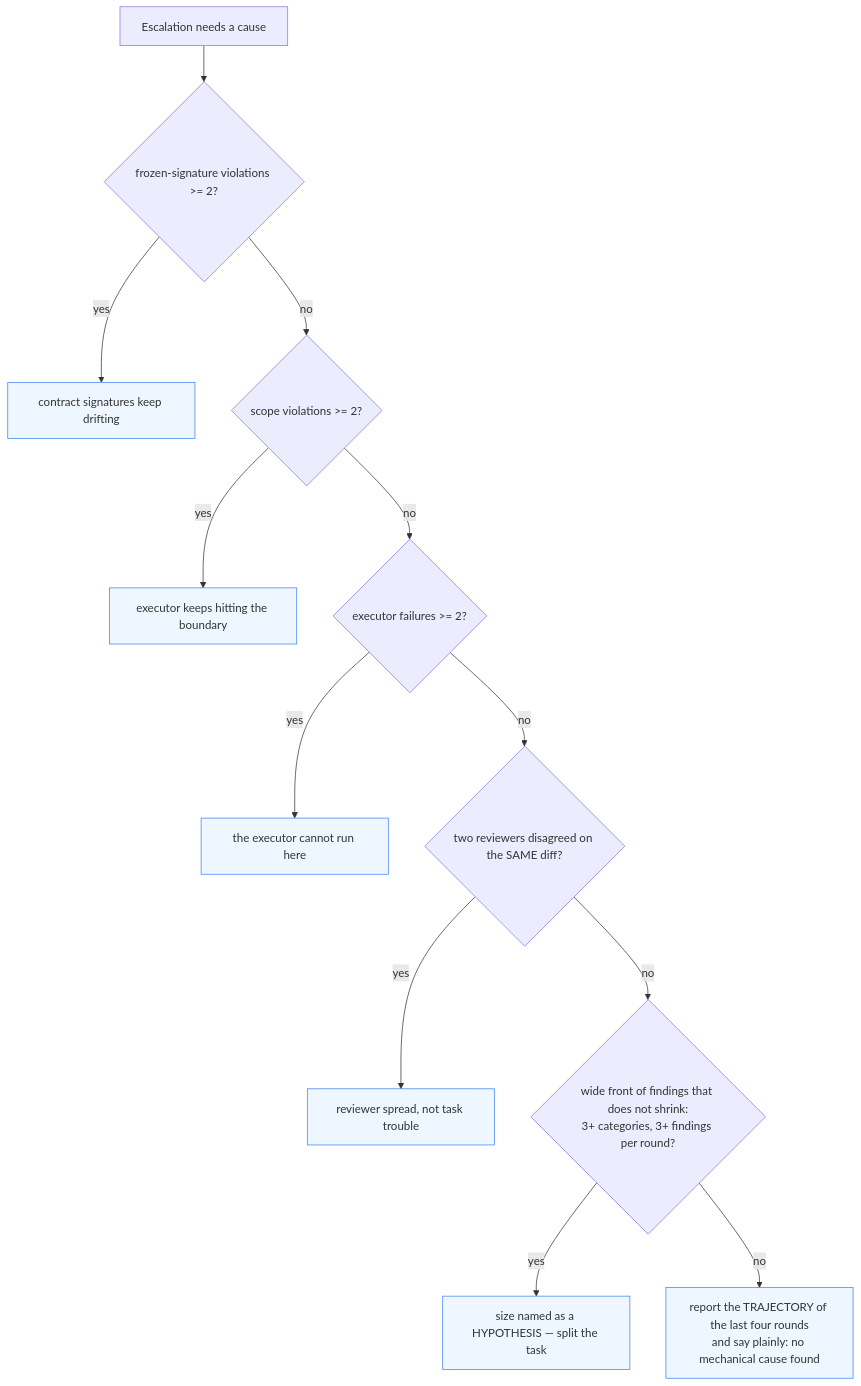
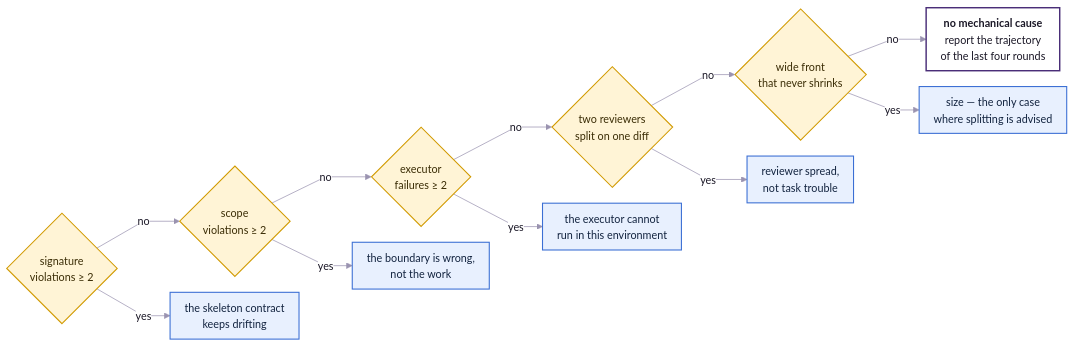
Before and after one commit to Orange-hanter/zairgrush: the eighth of 16 diagrams in 11-architecture-diagrams.md, drawn with Mermaid. The commit also changed other lines of this file, not shown here.

````diff
--- a/11-architecture-diagrams.md
+++ b/11-architecture-diagrams.md
@@ -277,17 +347,31 @@
 ```mermaid
-flowchart TD
-    d["Escalation needs a cause"] --> s1{"frozen-signature violations >= 2?"}
-    s1 -->|"yes"| o1["contract signatures keep drifting"]
-    s1 -->|"no"| s2{"scope violations >= 2?"}
-    s2 -->|"yes"| o2["executor keeps hitting the boundary"]
-    s2 -->|"no"| s3{"executor failures >= 2?"}
-    s3 -->|"yes"| o3["the executor cannot run here"]
-    s3 -->|"no"| s4{"two reviewers disagreed on the SAME diff?"}
-    s4 -->|"yes"| o4["reviewer spread, not task trouble"]
-    s4 -->|"no"| s5{"wide front of findings that does not shrink:<br/>3+ categories, 3+ findings per round?"}
-    s5 -->|"yes"| o5["size named as a HYPOTHESIS — split the task"]
-    s5 -->|"no"| o6["report the TRAJECTORY of the last four rounds<br/>and say plainly: no mechanical cause found"]
+%%{init:{"theme":"base","themeVariables":{"fontFamily":"ui-sans-serif,system-ui,-apple-system,Segoe UI,Roboto,sans-serif","fontSize":"15px","primaryColor":"#EFEAF8","primaryTextColor":"#1A1726","primaryBorderColor":"#7A5CB8","lineColor":"#9A93B0","edgeLabelBackground":"#FFFFFF"},"flowchart":{"diagramPadding":26,"curve":"linear","nodeSpacing":22,"rankSpacing":52,"padding":10}}}%%
+flowchart LR
+    s1{"signature<br/>violations ≥ 2"}:::check
+    s2{"scope<br/>violations ≥ 2"}:::check
+    s3{"executor<br/>failures ≥ 2"}:::check
+    s4{"two reviewers<br/>split on one diff"}:::check
+    s5{"wide front<br/>that never shrinks"}:::check
+    s6["<b>no mechanical cause</b><br/>report the trajectory<br/>of the last four rounds"]:::mech
 
-    classDef out fill:#eef6ff,stroke:#3b82f6
-    class o1,o2,o3,o4,o5,o6 out
+    o1["the skeleton contract<br/>keeps drifting"]:::out
+    o2["the boundary is wrong,<br/>not the work"]:::out
+    o3["the executor cannot<br/>run in this environment"]:::out
+    o4["reviewer spread,<br/>not task trouble"]:::out
+    o5["size — the only case<br/>where splitting is advised"]:::out
+
+    s1 -->|"no"| s2
+    s2 -->|"no"| s3
+    s3 -->|"no"| s4
+    s4 -->|"no"| s5
+    s5 -->|"no"| s6
+    s1 -->|"yes"| o1
+    s2 -->|"yes"| o2
+    s3 -->|"yes"| o3
+    s4 -->|"yes"| o4
+    s5 -->|"yes"| o5
+
+    classDef check fill:#FFF4D6,stroke:#D19A00,stroke-width:1.5px,color:#3A2C05
+    classDef out fill:#E8F0FE,stroke:#3B6FD4,stroke-width:1.5px,color:#12233F
+    classDef mech fill:#FFFFFF,stroke:#4A2E78,stroke-width:2px,color:#1A1726
 ```
````
